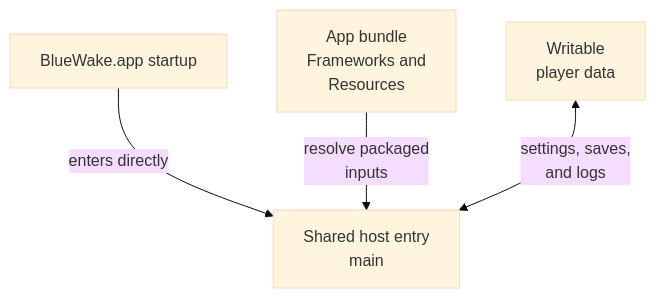
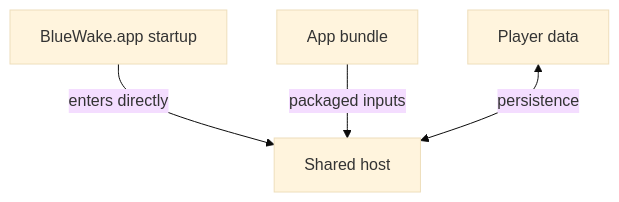
One commit to Aelbannan/boat_of_daphnes changed the sixth of 9 diagrams in docs/architecture/Host.md. Above: the diagram before and after it, drawn with Mermaid (base theme). The commit also changed other lines of this file, not shown here.

Commit message:
Simplify Host diagram labels

````diff
--- a/docs/architecture/Host.md
+++ b/docs/architecture/Host.md
@@ -203,17 +177,11 @@
 ```mermaid
 flowchart TD
     Start["BlueWake.app startup"]
-    Host["`Shared host entry
-main`"]
-    Bundle["`App bundle
-Frameworks and
-Resources`"]
-    Storage["`Writable
-player data`"]
+    Host["Shared host"]
+    Bundle["App bundle"]
+    Storage["Player data"]
 
     Start -->|"enters directly"| Host
-    Bundle -->|"`resolve packaged
-inputs`"| Host
-    Storage <-->|"`settings, saves,
-and logs`"| Host
+    Bundle -->|"packaged inputs"| Host
+    Storage <-->|"persistence"| Host
 ```
````
